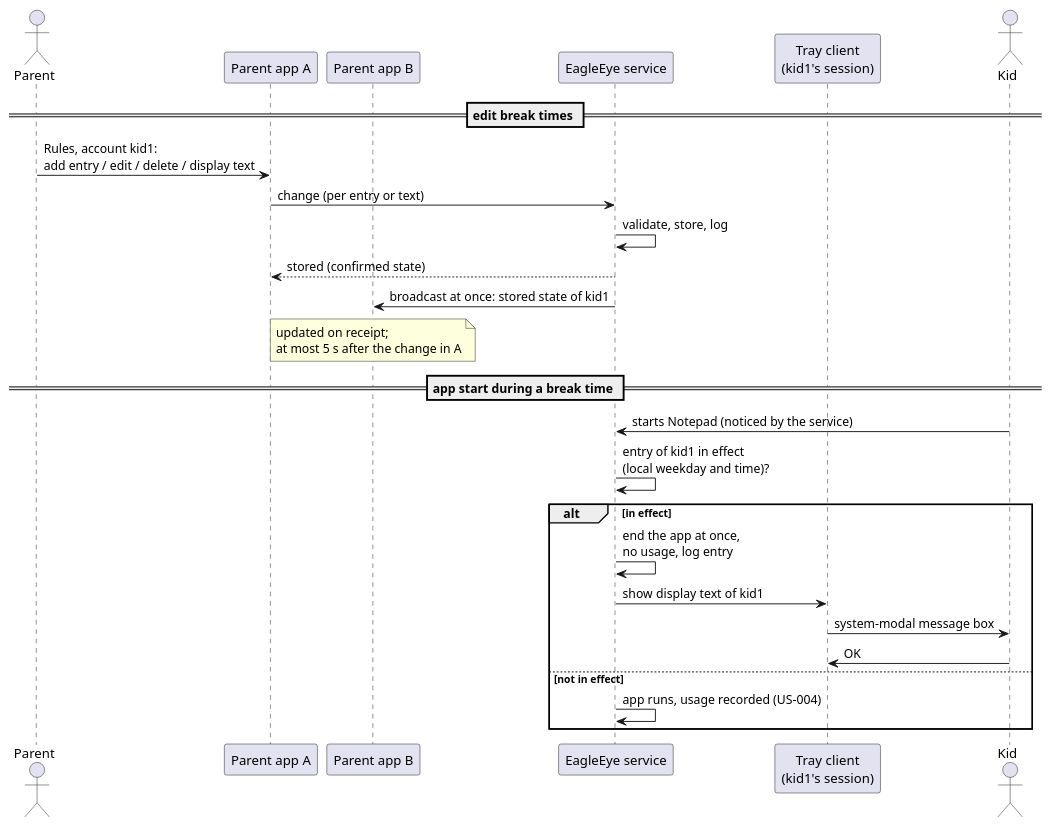
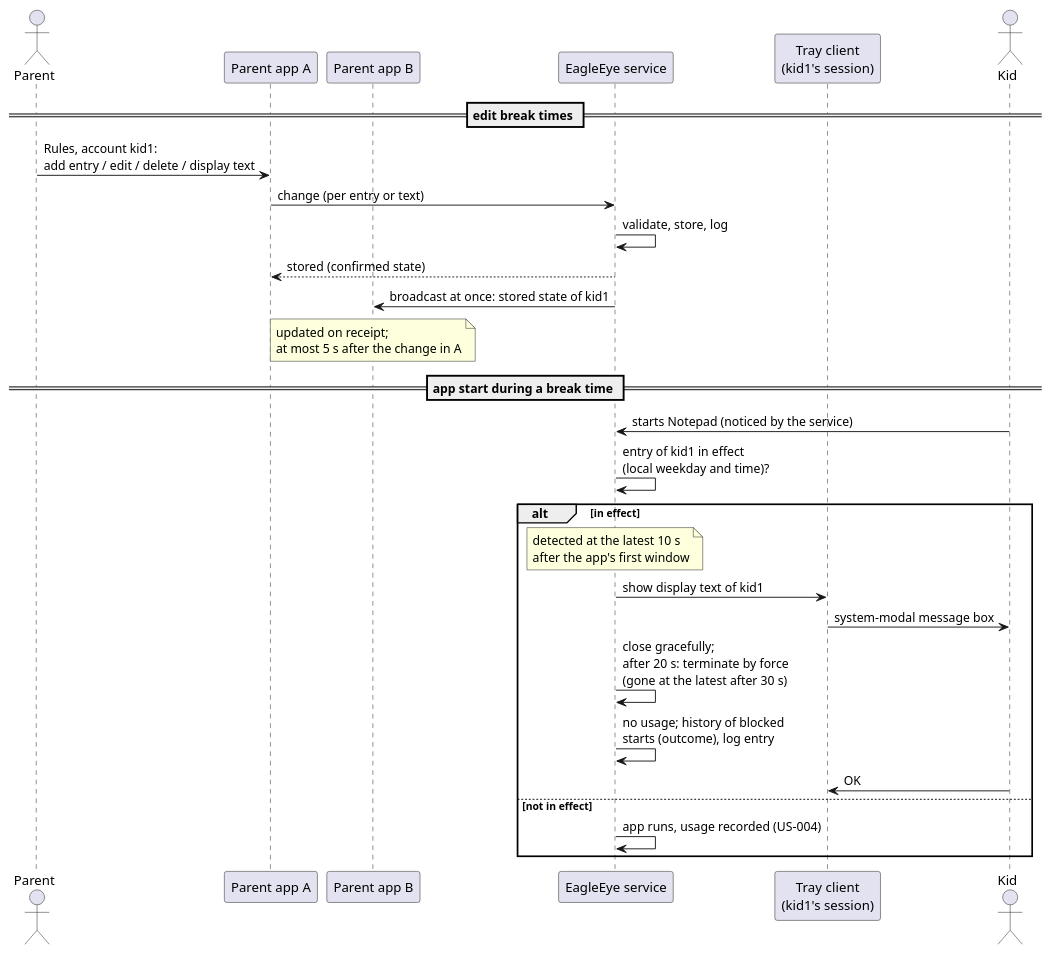
One commit to adlemich/EagleEye changed the fourth of 4 diagrams in 02_Implementation/docs/requirements/user-stories/US-005/user-story.md. Above: the diagram before and after it, drawn with PlantUML. The commit also changed other lines of this file and 1 other file, not shown here.

````diff
--- a/02_Implementation/docs/requirements/user-stories/US-005/user-story.md
+++ b/02_Implementation/docs/requirements/user-stories/US-005/user-story.md
@@ -221,30 +235,32 @@
 ```plantuml
 @startuml
 actor Parent
 participant "Parent app A" as AppA
 participant "Parent app B" as AppB
 participant "EagleEye service" as Svc
 participant "Tray client\n(kid1's session)" as Tray
 actor Kid
 
 == edit break times ==
 Parent -> AppA : Rules, account kid1:\nadd entry / edit / delete / display text
 AppA -> Svc : change (per entry or text)
 Svc -> Svc : validate, store, log
 Svc --> AppA : stored (confirmed state)
 Svc -> AppB : broadcast at once: stored state of kid1
 note over AppB : updated on receipt;\nat most 5 s after the change in A
 
 == app start during a break time ==
 Kid -> Svc : starts Notepad (noticed by the service)
 Svc -> Svc : entry of kid1 in effect\n(local weekday and time)?
 alt in effect
-  Svc -> Svc : end the app at once,\nno usage, log entry
+  note over Svc : detected at the latest 10 s\nafter the app's first window
   Svc -> Tray : show display text of kid1
   Tray -> Kid : system-modal message box
+  Svc -> Svc : close gracefully;\nafter 20 s: terminate by force\n(gone at the latest after 30 s)
+  Svc -> Svc : no usage; history of blocked\nstarts (outcome), log entry
   Kid -> Tray : OK
 else not in effect
   Svc -> Svc : app runs, usage recorded (US-004)
 end
 @enduml
 ```
````
